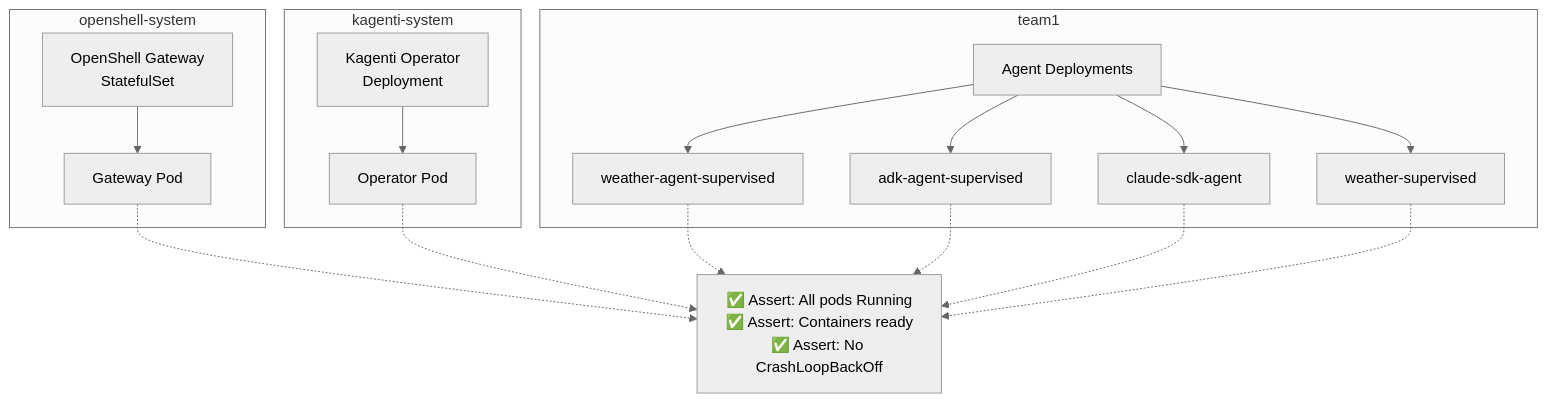
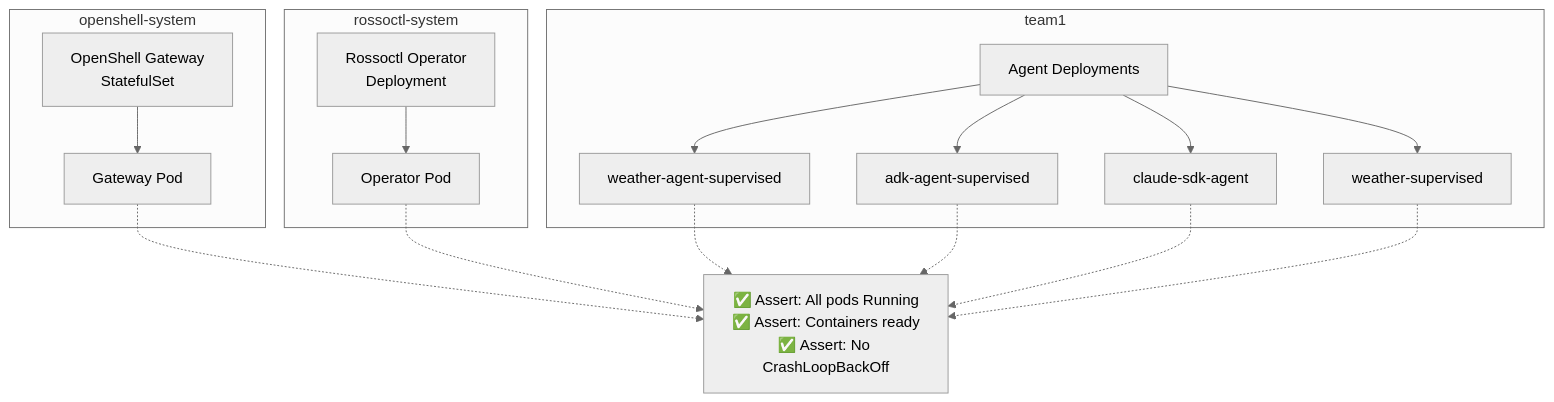
One commit to kagenti/kagenti changed the diagram in docs/agentic-runtime/tests/01-platform-health.md. Above: the diagram before and after it, drawn with Mermaid (neutral theme). The commit also changed other lines of this file and 1316 other files, not shown here.

First line of the commit message:
⚠️ Rename Kagenti → Rossoctl across the flagship repo (→ rossoctl)

````diff
--- a/docs/agentic-runtime/tests/01-platform-health.md
+++ b/docs/agentic-runtime/tests/01-platform-health.md
@@ -12,31 +12,31 @@
 ```mermaid
 graph TB
     subgraph openshell_ns["openshell-system"]
         GW["OpenShell Gateway<br/>StatefulSet"]
         GW_POD["Gateway Pod"]
         GW --> GW_POD
     end
 
-    subgraph kagenti_ns["kagenti-system"]
-        OP["Kagenti Operator<br/>Deployment"]
+    subgraph rossoctl_ns["rossoctl-system"]
+        OP["Rossoctl Operator<br/>Deployment"]
         OP_POD["Operator Pod"]
         OP --> OP_POD
     end
 
     subgraph team1["team1"]
         AGT["Agent Deployments"]
         AGT --> W["weather-agent-supervised"]
         AGT --> A["adk-agent-supervised"]
         AGT --> C["claude-sdk-agent"]
         AGT --> S["weather-supervised"]
     end
 
     TEST["✅ Assert: All pods Running<br/>✅ Assert: Containers ready<br/>✅ Assert: No CrashLoopBackOff"]
 
     GW_POD -.-> TEST
     OP_POD -.-> TEST
     W -.-> TEST
     A -.-> TEST
     C -.-> TEST
     S -.-> TEST
 ```
````
